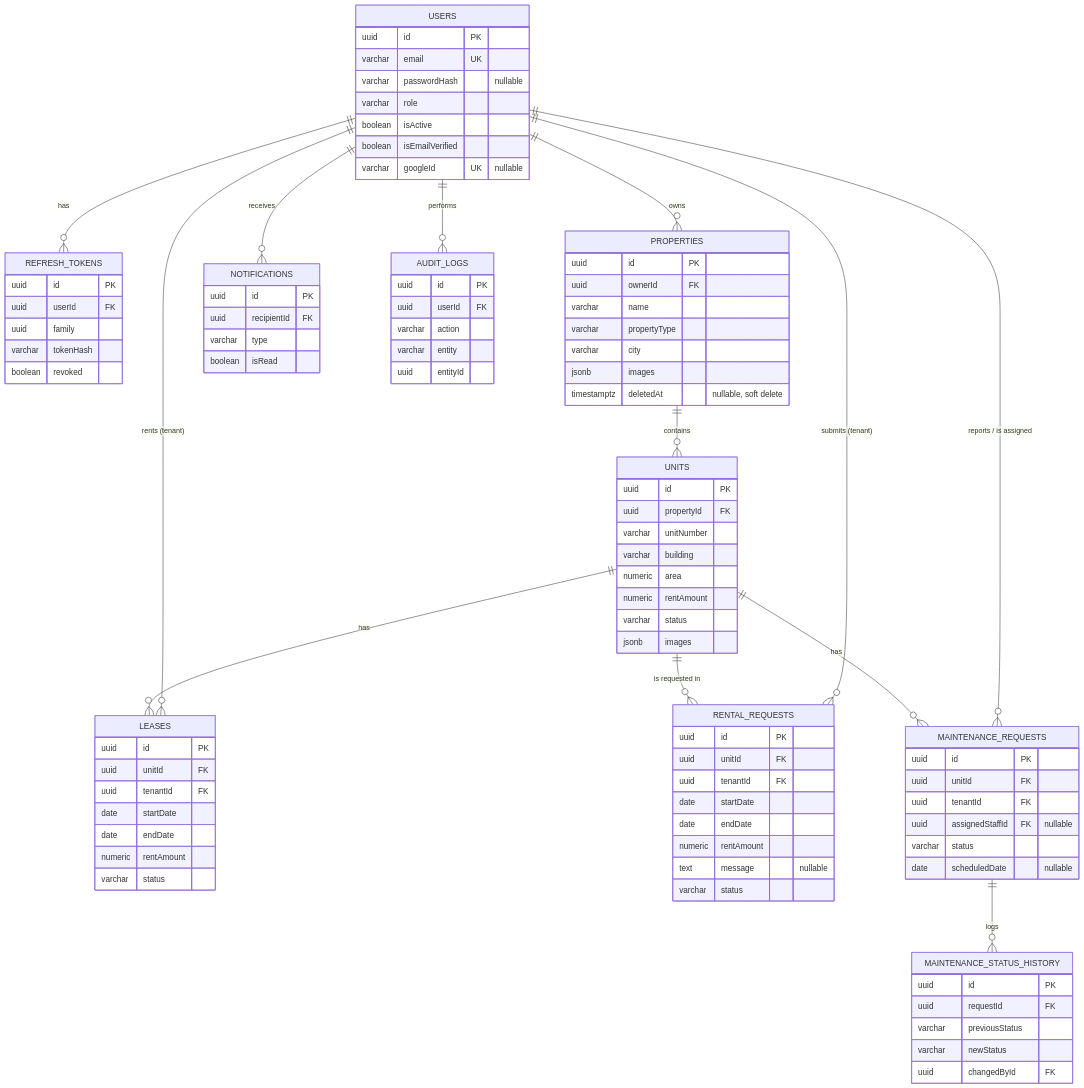
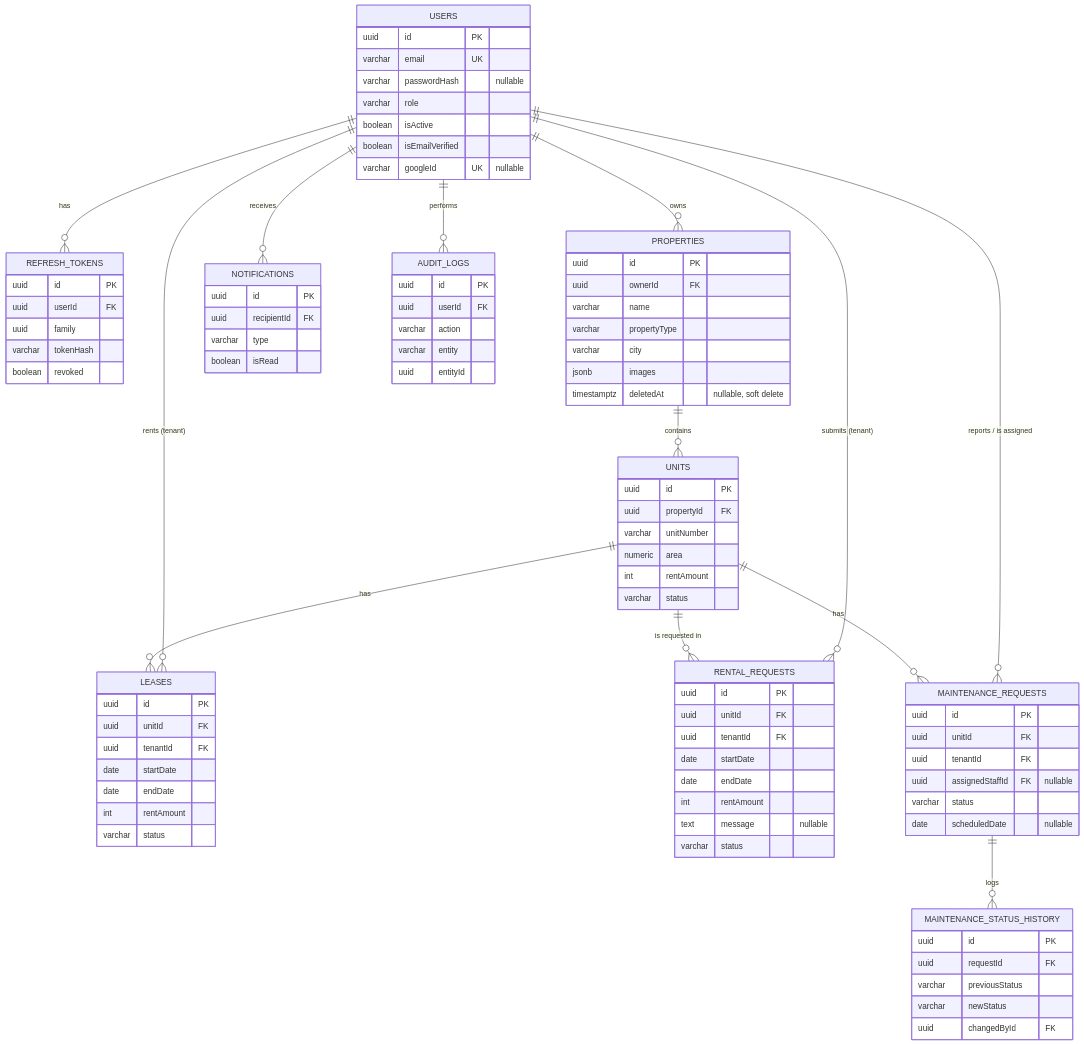
Before and after one commit to Joo-Shohber/Prop-Flow: the diagram in docs/database.md, drawn with Mermaid. The commit also changed other lines of this file and 35 other files, not shown here.

```diff
--- a/docs/database.md
+++ b/docs/database.md
@@ -157,11 +152,9 @@
         uuid id PK
         uuid propertyId FK
         varchar unitNumber
-        varchar building
         numeric area
-        numeric rentAmount
+        int rentAmount
         varchar status
-        jsonb images
     }
     LEASES {
         uuid id PK
@@ -169,7 +162,7 @@
         uuid tenantId FK
         date startDate
         date endDate
-        numeric rentAmount
+        int rentAmount
         varchar status
     }
     RENTAL_REQUESTS {
@@ -178,7 +171,7 @@
         uuid tenantId FK
         date startDate
         date endDate
-        numeric rentAmount
+        int rentAmount
         text message "nullable"
         varchar status
     }
```
